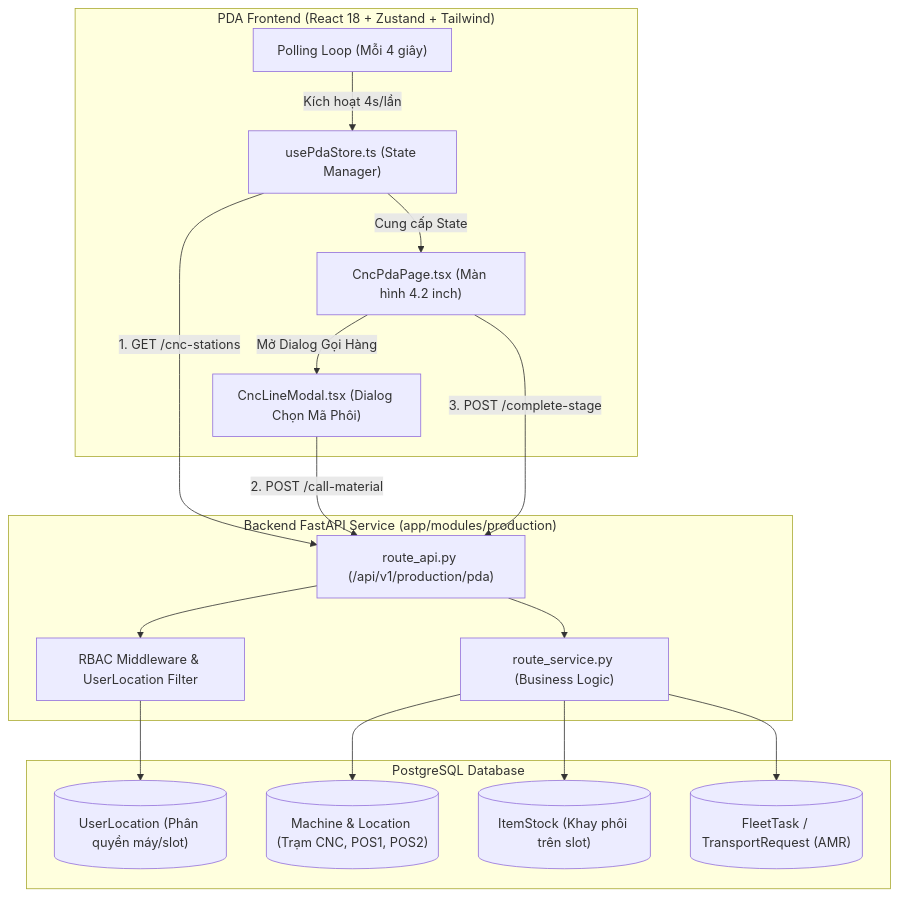
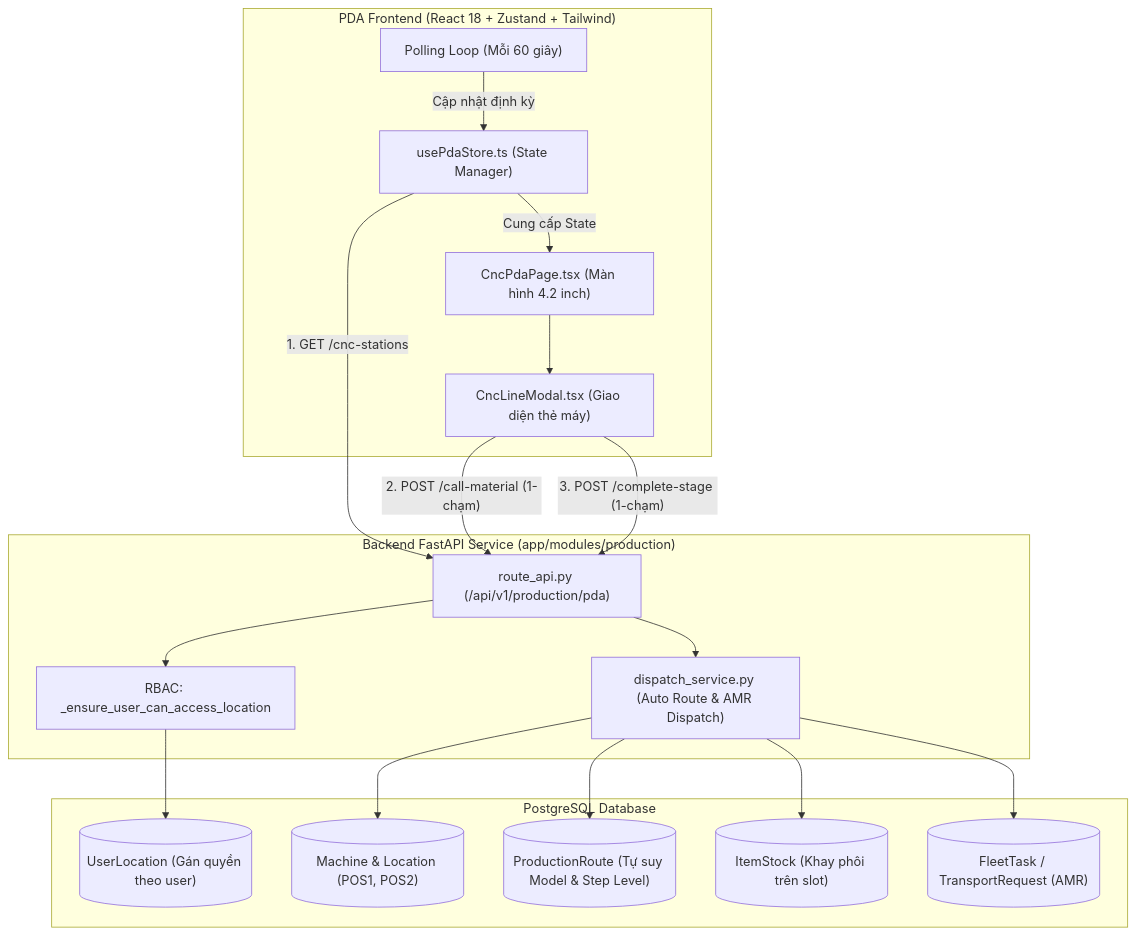
Before and after one commit to Minowu/Kuka_WMS: the first of 2 diagrams in DOCS/plan_review_pda_cnc_flow.md, drawn with Mermaid. The commit also changed other lines of this file and 10 other files, not shown here.

````diff
--- a/DOCS/plan_review_pda_cnc_flow.md
+++ b/DOCS/plan_review_pda_cnc_flow.md
@@ -9,37 +24,39 @@
 ```mermaid
 graph TD
     subgraph PDA_Frontend ["PDA Frontend (React 18 + Zustand + Tailwind)"]
         UI["CncPdaPage.tsx (Màn hình 4.2 inch)"]
         Store["usePdaStore.ts (State Manager)"]
-        Poller["Polling Loop (Mỗi 4 giây)"]
-        Modal["CncLineModal.tsx (Dialog Chọn Mã Phôi)"]
+        Poller["Polling Loop (Mỗi 60 giây)"]
+        LineModal["CncLineModal.tsx (Giao diện thẻ máy)"]
         
-        Poller -->|Kích hoạt 4s/lần| Store
+        Poller -->|Cập nhật định kỳ| Store
         Store -->|Cung cấp State| UI
-        UI -->|Mở Dialog Gọi Hàng| Modal
+        UI --> LineModal
     end
 
     subgraph Backend_API ["Backend FastAPI Service (app/modules/production)"]
         Router["route_api.py (/api/v1/production/pda)"]
-        AuthRBAC["RBAC Middleware & UserLocation Filter"]
-        Logic["route_service.py (Business Logic)"]
+        AuthRBAC["RBAC: _ensure_user_can_access_location"]
+        Dispatch["dispatch_service.py (Auto Route & AMR Dispatch)"]
     end
 
     subgraph Database_PostgreSQL ["PostgreSQL Database"]
-        DB_UserLoc[("UserLocation (Phân quyền máy/slot)")]
-        DB_Machine[("Machine & Location (Trạm CNC, POS1, POS2)")]
+        DB_UserLoc[("UserLocation (Gán quyền theo user)")]
+        DB_Machine[("Machine & Location (POS1, POS2)")]
+        DB_Route[("ProductionRoute (Tự suy Model & Step Level)")]
         DB_Stock[("ItemStock (Khay phôi trên slot)")]
         DB_Task[("FleetTask / TransportRequest (AMR)")]
     end
 
     Store -->|"1. GET /cnc-stations"| Router
-    Modal -->|"2. POST /call-material"| Router
-    UI -->|"3. POST /complete-stage"| Router
+    LineModal -->|"2. POST /call-material (1-chạm)"| Router
+    LineModal -->|"3. POST /complete-stage (1-chạm)"| Router
 
     Router --> AuthRBAC
     AuthRBAC --> DB_UserLoc
-    Router --> Logic
-    Logic --> DB_Machine
-    Logic --> DB_Stock
-    Logic --> DB_Task
+    Router --> Dispatch
+    Dispatch --> DB_Route
+    Dispatch --> DB_Machine
+    Dispatch --> DB_Stock
+    Dispatch --> DB_Task
 ```
````
